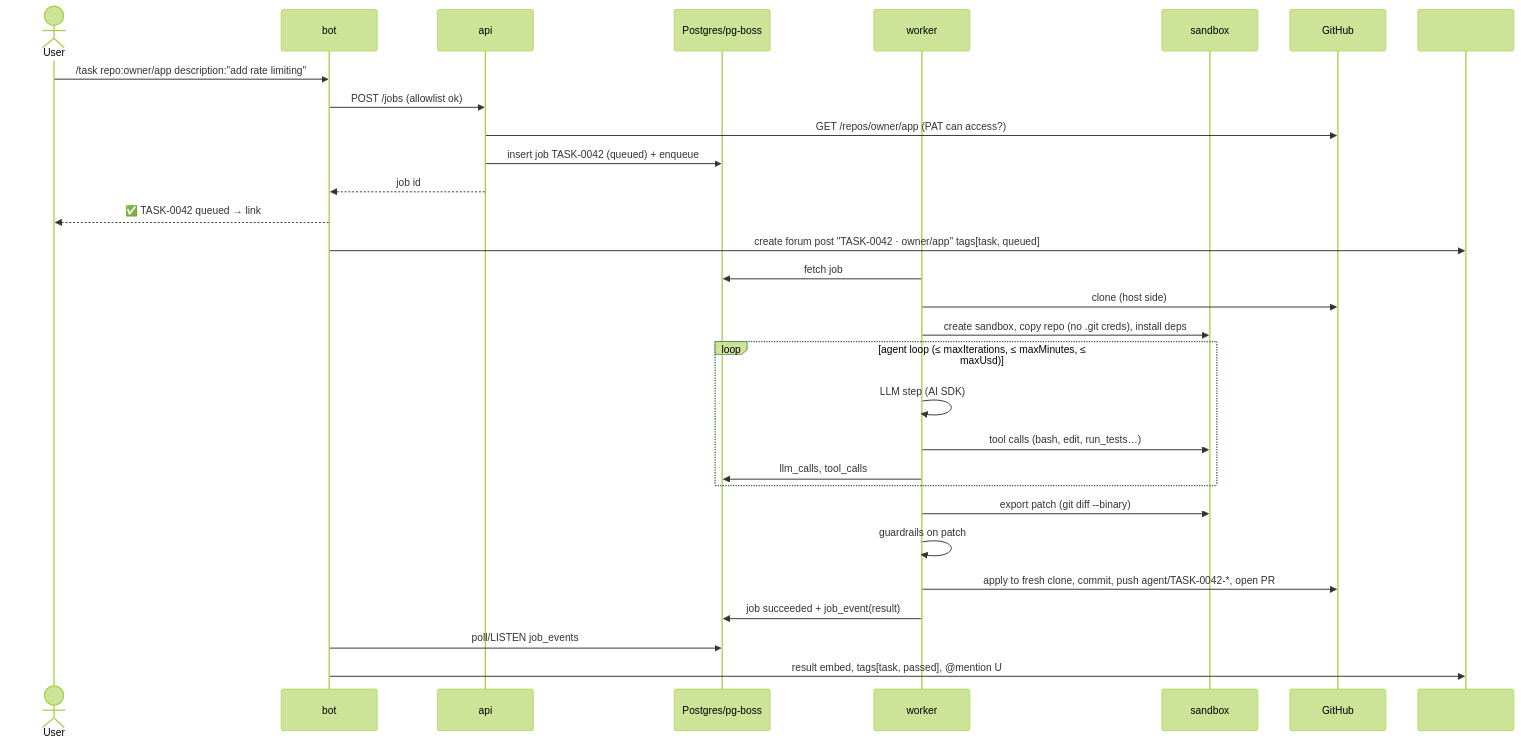
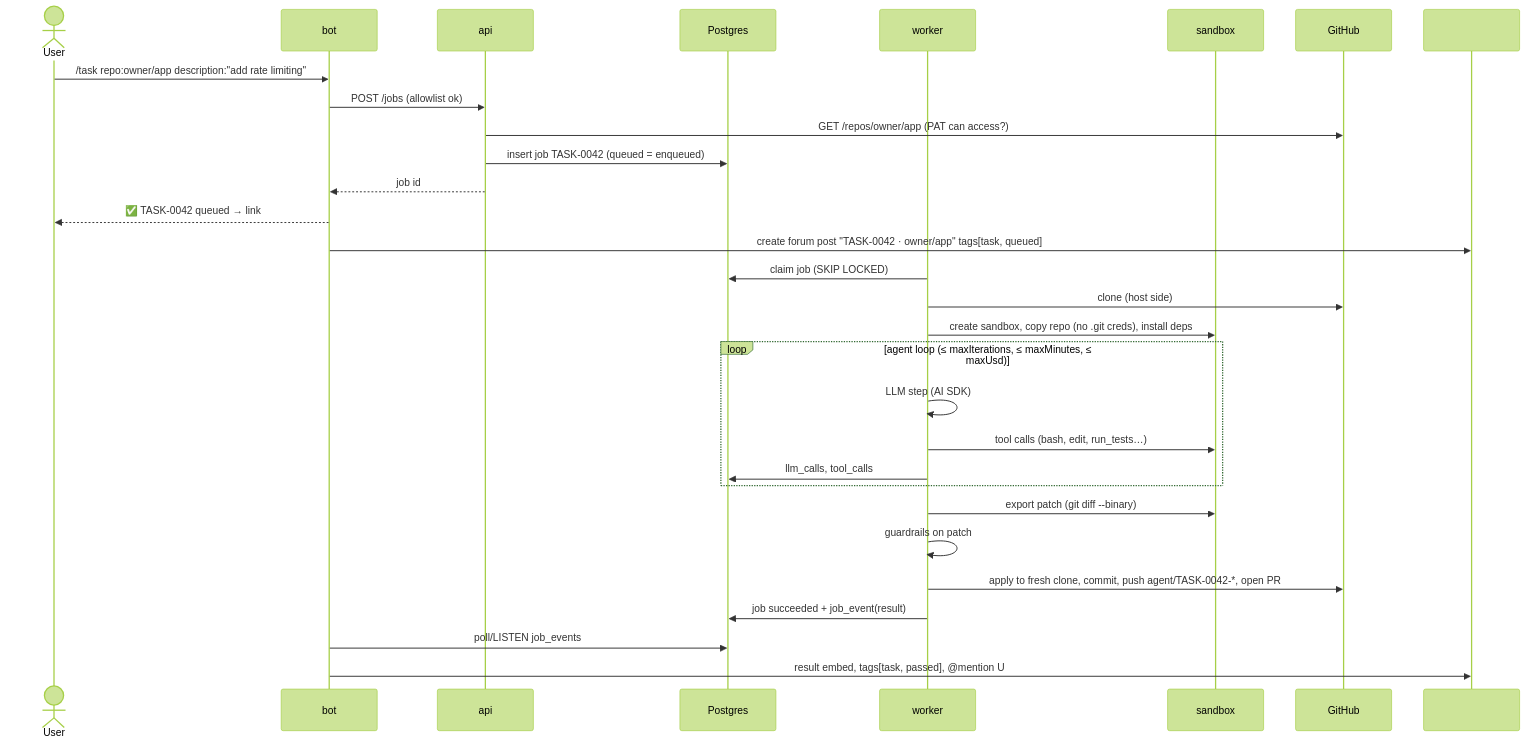
One commit to YashikKhunt/discord-coding-assistant changed the first of 2 diagrams in docs/ARCHITECTURE.md. Above: the diagram before and after it, drawn with Mermaid (forest theme). The commit also changed other lines of this file and 57 other files, not shown here.

First line of the commit message:
M1: Discord bot, API, Postgres job queue, stub worker

````diff
--- a/docs/ARCHITECTURE.md
+++ b/docs/ARCHITECTURE.md
@@ -112,33 +113,33 @@
 ```mermaid
 sequenceDiagram
     actor U as User
     participant B as bot
     participant A as api
-    participant DB as Postgres/pg-boss
+    participant DB as Postgres
     participant W as worker
     participant S as sandbox
     participant G as GitHub
     participant F as #responses forum
 
     U->>B: /task repo:owner/app description:"add rate limiting"
     B->>A: POST /jobs (allowlist ok)
     A->>G: GET /repos/owner/app (PAT can access?)
-    A->>DB: insert job TASK-0042 (queued) + enqueue
+    A->>DB: insert job TASK-0042 (queued = enqueued)
     A-->>B: job id
     B-->>U: ✅ TASK-0042 queued → link
     B->>F: create forum post "TASK-0042 · owner/app" tags[task, queued]
-    W->>DB: fetch job
+    W->>DB: claim job (SKIP LOCKED)
     W->>G: clone (host side)
     W->>S: create sandbox, copy repo (no .git creds), install deps
     loop agent loop (≤ maxIterations, ≤ maxMinutes, ≤ maxUsd)
         W->>W: LLM step (AI SDK)
         W->>S: tool calls (bash, edit, run_tests…)
         W->>DB: llm_calls, tool_calls
     end
     W->>S: export patch (git diff --binary)
     W->>W: guardrails on patch
     W->>G: apply to fresh clone, commit, push agent/TASK-0042-*, open PR
     W->>DB: job succeeded + job_event(result)
     B->>DB: poll/LISTEN job_events
     B->>F: result embed, tags[task, passed], @mention U
 ```
````
